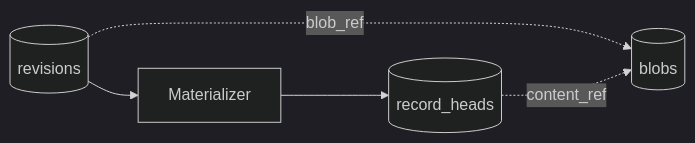
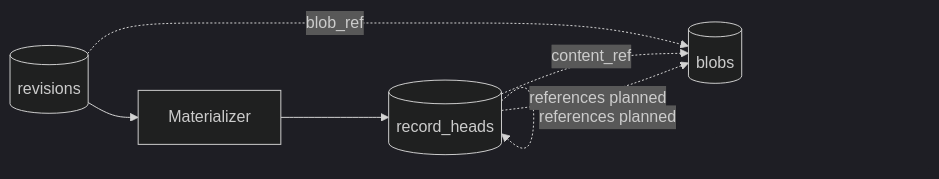
Before and after one commit to joshmcarthur/trove-project: the diagram in docs/concepts/records.md, drawn with Mermaid (dark theme). The commit also changed other lines of this file and 11 other files, not shown here.

First line of the commit message:
docs: content graph, references, and provenance (#117)

````diff
--- a/docs/concepts/records.md
+++ b/docs/concepts/records.md
@@ -23,10 +23,12 @@
 ```mermaid
 flowchart LR
   revisions[(revisions)]
   materializer[Materializer]
   records[(record_heads)]
   blobs[(blobs)]
   revisions --> materializer --> records
   revisions -.->|blob_ref| blobs
   records -.->|content_ref| blobs
+  records -.->|references planned| records
+  records -.->|references planned| blobs
 ```
````
